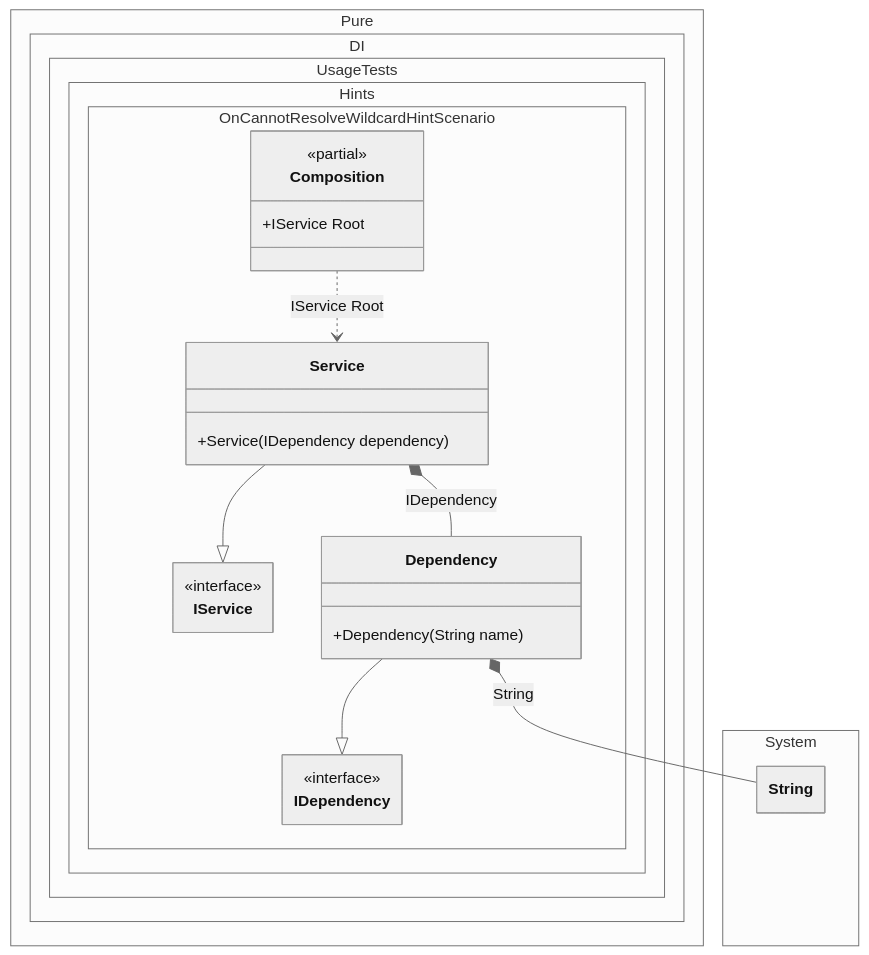
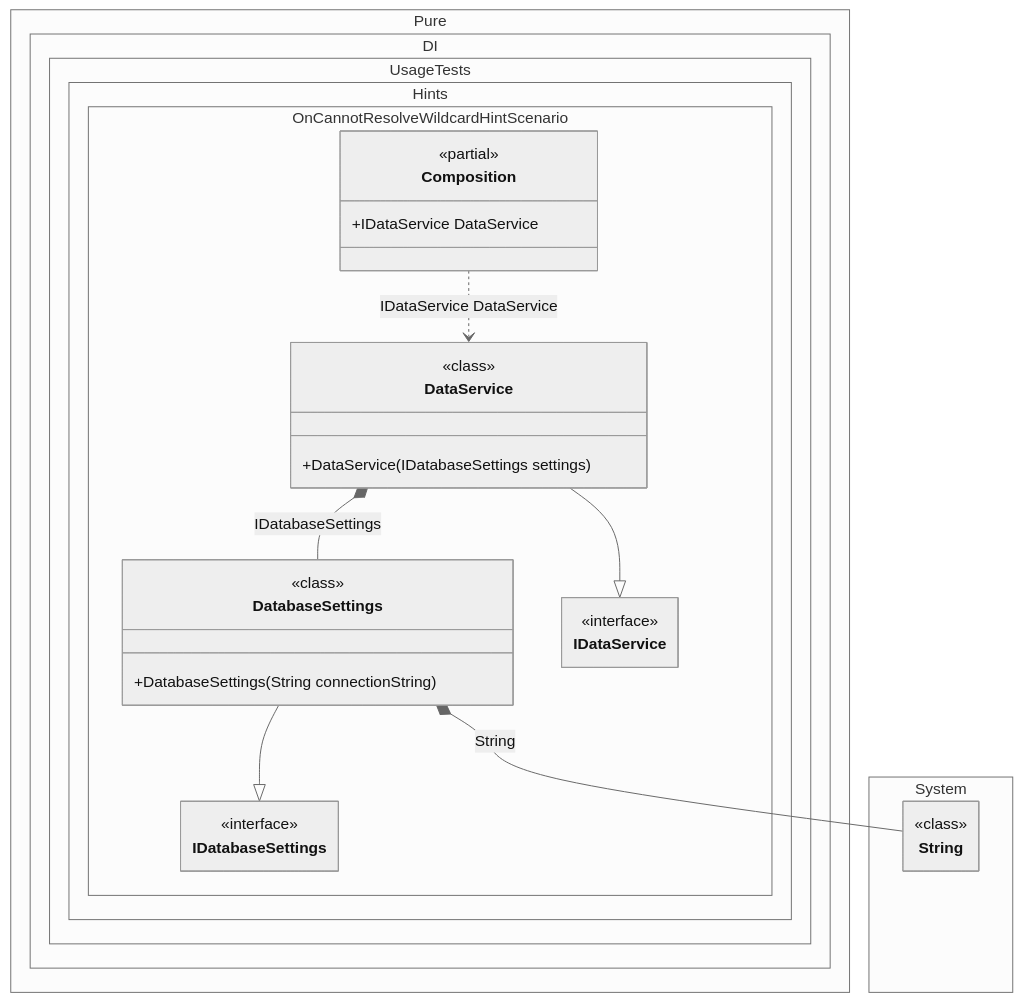
The diagram in readme/oncannotresolve-wildcard-hint.md (DevTeam/Pure.DI), drawn with Mermaid (neutral theme) before and after one commit. The commit also changed other lines of this file and 40 other files, not shown here.

````diff
--- a/readme/oncannotresolve-wildcard-hint.md
+++ b/readme/oncannotresolve-wildcard-hint.md
@@ -124,35 +112,40 @@
 ```mermaid
 ---
  config:
+  maxTextSize: 2147483647
+  maxEdges: 2147483647
   class:
    hideEmptyMembersBox: true
 ---
 classDiagram
-	Service --|> IService
-	Dependency --|> IDependency
-	Composition ..> Service : IService Root
-	Service *--  Dependency : IDependency
-	Dependency *--  String : String
+	DatabaseSettings --|> IDatabaseSettings
+	DataService --|> IDataService
+	Composition ..> DataService : IDataService DataService
+	DatabaseSettings *--  String : String
+	DataService *--  DatabaseSettings : IDatabaseSettings
 	namespace Pure.DI.UsageTests.Hints.OnCannotResolveWildcardHintScenario {
 		class Composition {
 		<<partial>>
-		+IService Root
+		+IDataService DataService
 		}
-		class Dependency {
-			+Dependency(String name)
+		class DatabaseSettings {
+				<<class>>
+			+DatabaseSettings(String connectionString)
 		}
-		class IDependency {
+		class DataService {
+				<<class>>
+			+DataService(IDatabaseSettings settings)
+		}
+		class IDatabaseSettings {
 			<<interface>>
 		}
-		class IService {
+		class IDataService {
 			<<interface>>
-		}
-		class Service {
-			+Service(IDependency dependency)
 		}
 	}
 	namespace System {
 		class String {
+				<<class>>
 		}
 	}
 ```
````
